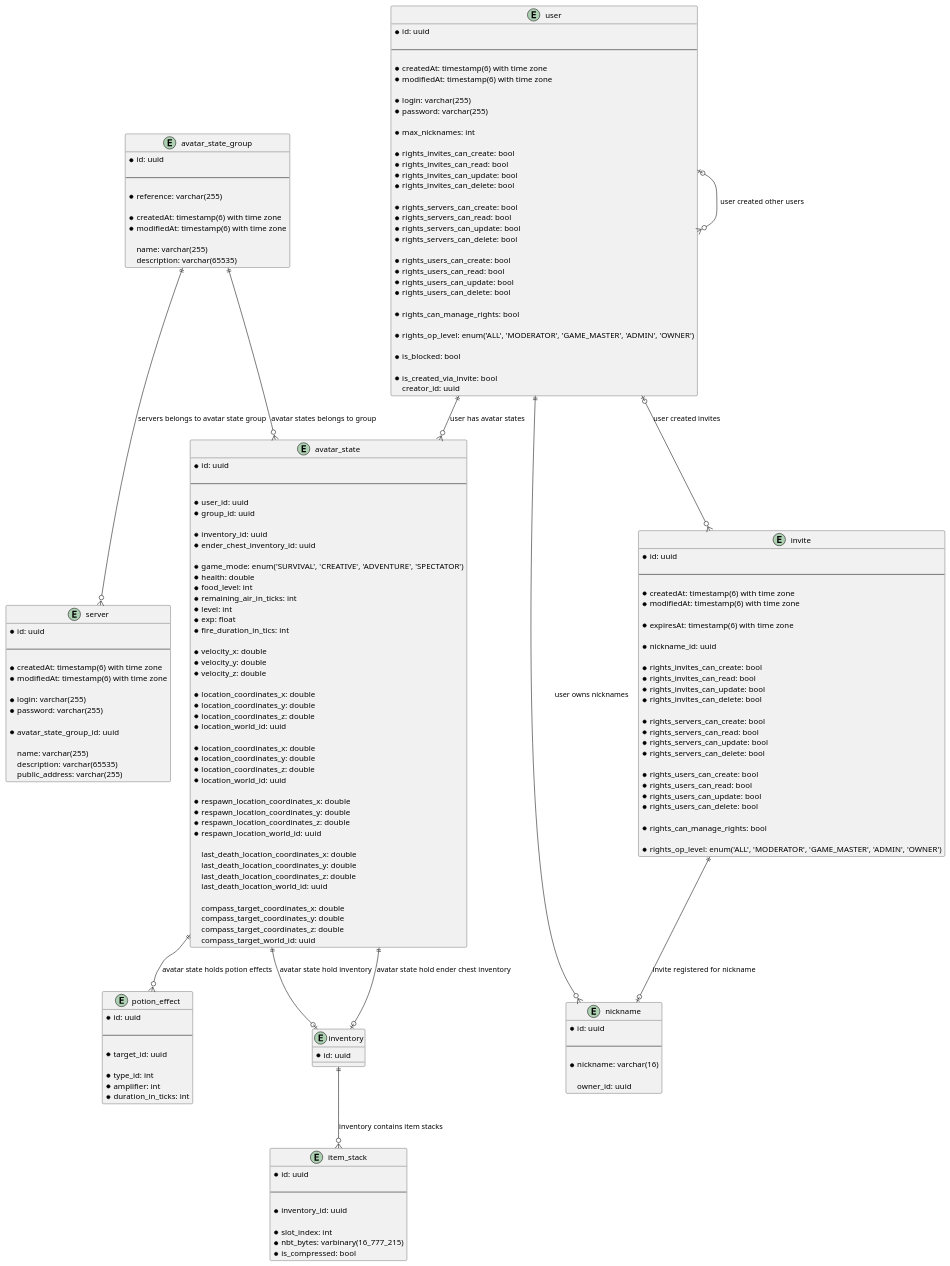
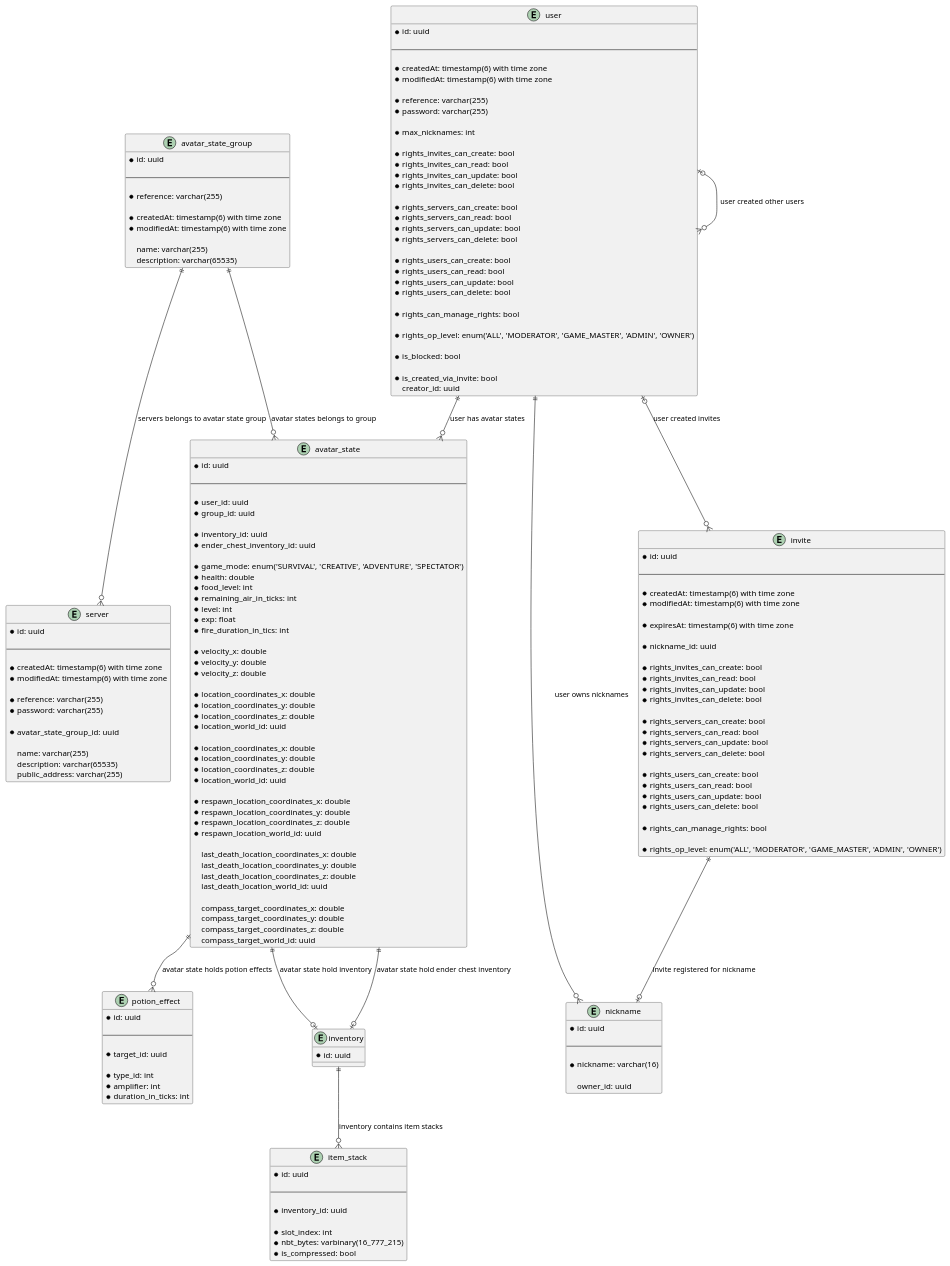
One commit to Maksim2498/poms changed the diagram in server/docs/db.puml. Above: the diagram before and after it, drawn with PlantUML. The commit also changed 100 other files, not shown here.

```diff
--- a/server/docs/db.puml
+++ b/server/docs/db.puml
@@ -141,7 +141,7 @@
     * createdAt: timestamp(6) with time zone
     * modifiedAt: timestamp(6) with time zone
 
-    * login: varchar(255)
+    * reference: varchar(255)
     * password: varchar(255)
 
     * avatar_state_group_id: uuid
@@ -159,7 +159,7 @@
     * createdAt: timestamp(6) with time zone
     * modifiedAt: timestamp(6) with time zone
 
-    * login: varchar(255)
+    * reference: varchar(255)
     * password: varchar(255)
 
     * max_nicknames: int
```
